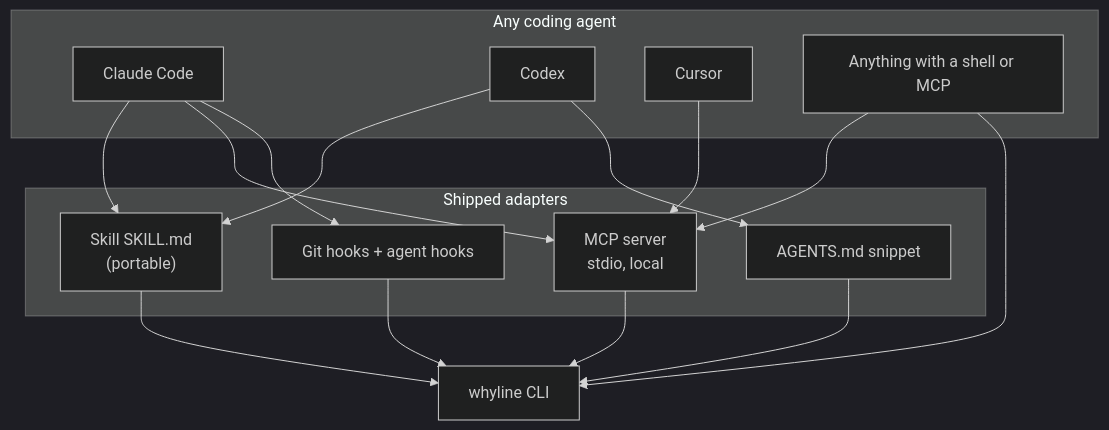
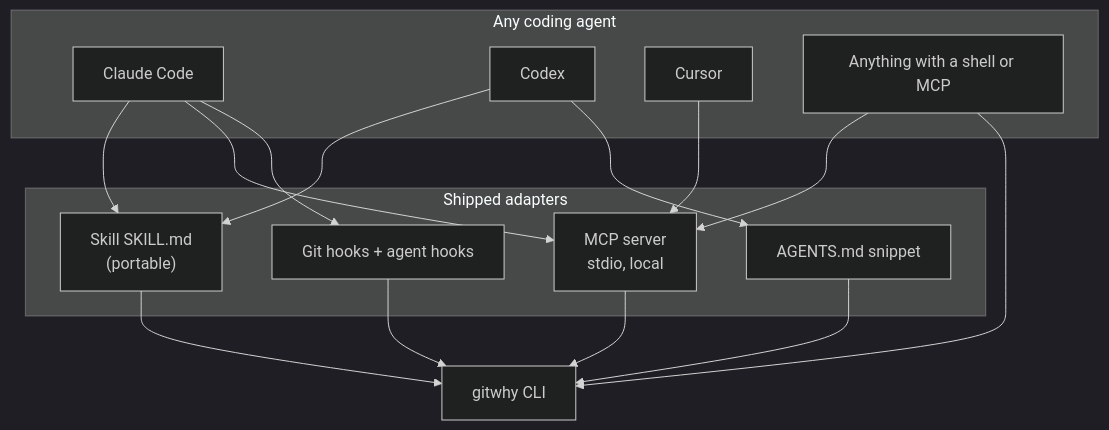
The diagram in docs/07-agent-integrations.md (sabadia/gitwhy), drawn with Mermaid (dark theme) before and after one commit. The commit also changed other lines of this file and 169 other files, not shown here.

````diff
--- a/docs/07-agent-integrations.md
+++ b/docs/07-agent-integrations.md
@@ -22,31 +22,31 @@
 ```mermaid
 flowchart TB
   subgraph agents [Any coding agent]
     CC[Claude Code]
     Codex[Codex]
     Cursor[Cursor]
     Other[Anything with a shell or MCP]
   end
 
   subgraph surfaces [Shipped adapters]
     Skill["Skill SKILL.md\n(portable)"]
     MCP["MCP server\nstdio, local"]
     Hooks[Git hooks + agent hooks]
     Snippet["AGENTS.md snippet"]
   end
 
-  CLI[whyline CLI]
+  CLI[gitwhy CLI]
 
   CC --> Skill
   CC --> MCP
   CC --> Hooks
   Codex --> Skill
   Codex --> Snippet
   Cursor --> MCP
   Other --> MCP
   Other --> CLI
   Skill --> CLI
   MCP --> CLI
   Hooks --> CLI
   Snippet --> CLI
 ```
````
